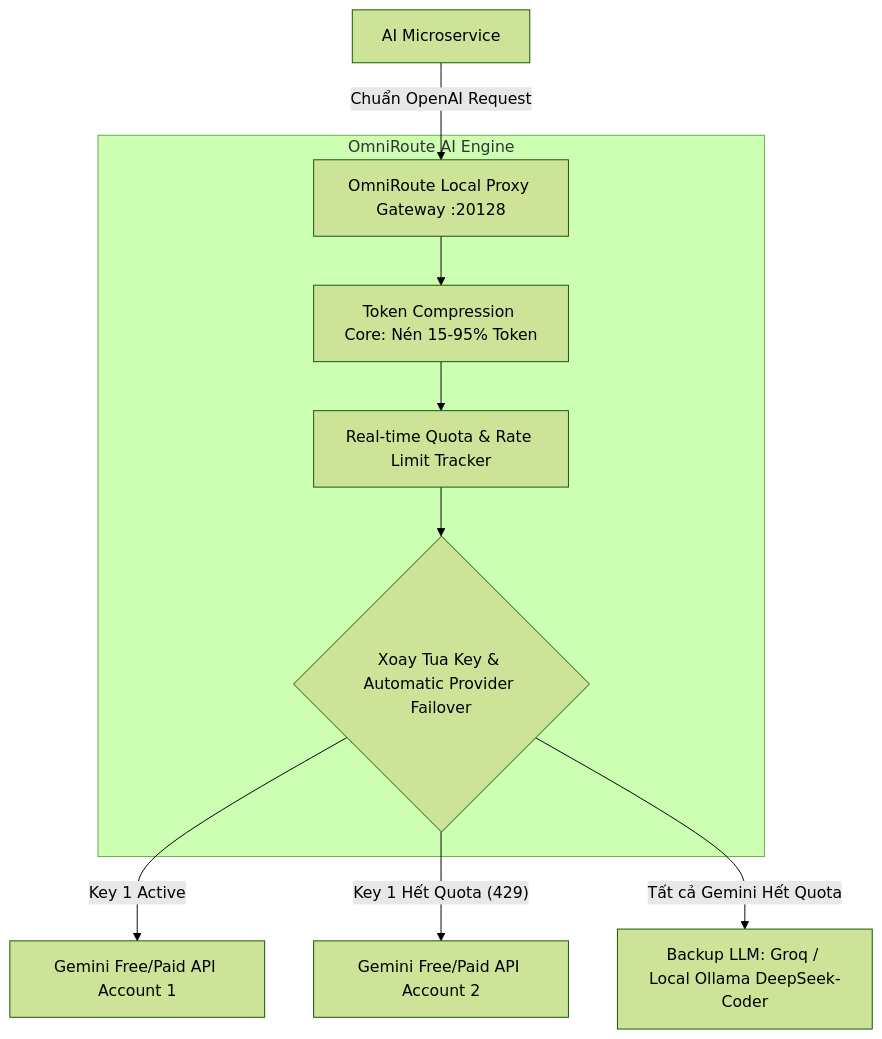
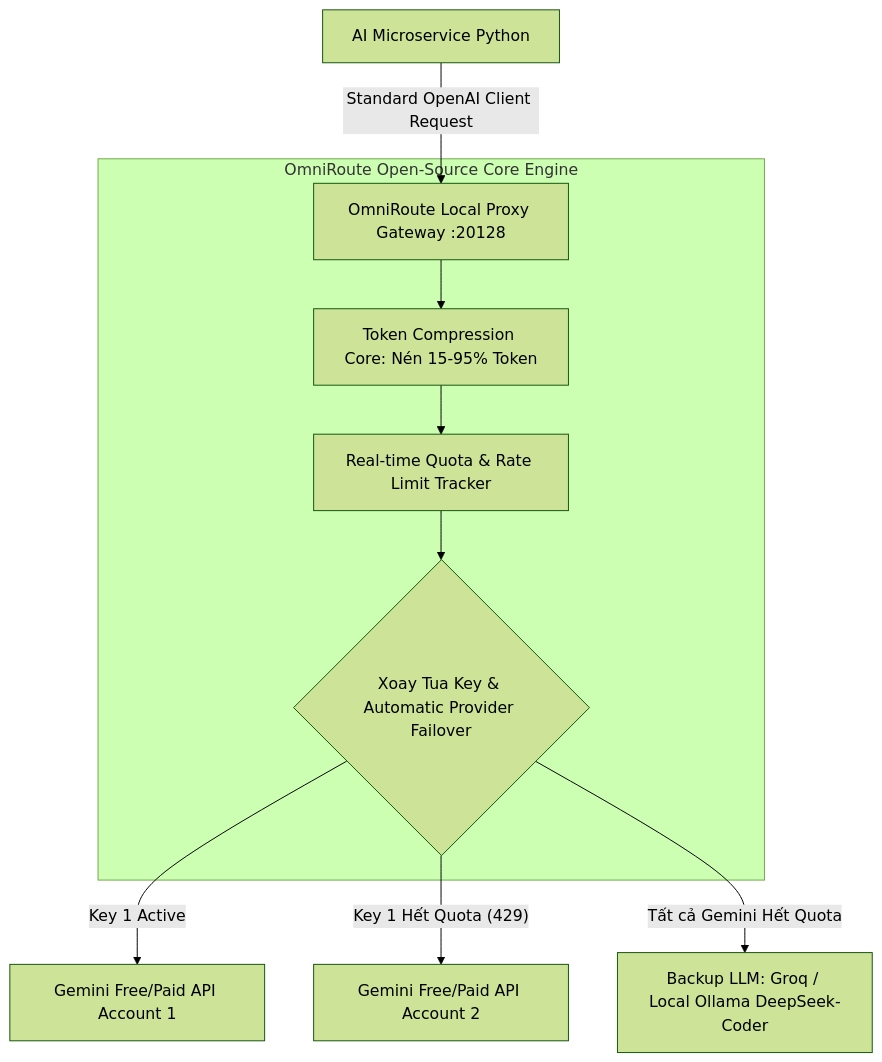
Before and after one commit to nguyentuanviet12k1d22cntt02-eng/codehub: the third of 3 diagrams in docs/Kế hoạch triển khai/Ke_hoach_trien_khai_Tu_tao_lo_trinh_hoc_ca_nhan_hoa_PAL_NET.md, drawn with Mermaid (forest theme). The commit also changed other lines of this file and 19 other files, not shown here.

````diff
--- a/docs/Kế hoạch triển khai/Ke_hoach_trien_khai_Tu_tao_lo_trinh_hoc_ca_nhan_hoa_PAL_NET.md
+++ b/docs/Kế hoạch triển khai/Ke_hoach_trien_khai_Tu_tao_lo_trinh_hoc_ca_nhan_hoa_PAL_NET.md
@@ -217,14 +225,14 @@
 ```mermaid
 flowchart TD
-    AI[AI Microservice] -- Chuẩn OpenAI Request --> Omni[OmniRoute Local Proxy Gateway :20128]
+    AI[AI Microservice Python] -- Standard OpenAI Client Request --> Omni[OmniRoute Local Proxy Gateway :20128]
     
-    subgraph OmniRoute AI Engine
+    subgraph OmniRoute Open-Source Core Engine
         Omni --> TokenCompressor[Token Compression Core: Nén 15-95% Token]
         TokenCompressor --> QuotaTracker[Real-time Quota & Rate Limit Tracker]
         QuotaTracker --> KeyRotator{Xoay Tua Key & Automatic Provider Failover}
     end
     
     KeyRotator -- Key 1 Active --> Provider1[Gemini Free/Paid API Account 1]
     KeyRotator -- Key 1 Hết Quota (429) --> Provider2[Gemini Free/Paid API Account 2]
     KeyRotator -- Tất cả Gemini Hết Quota --> Provider3[Backup LLM: Groq / Local Ollama DeepSeek-Coder]
 ```
````
